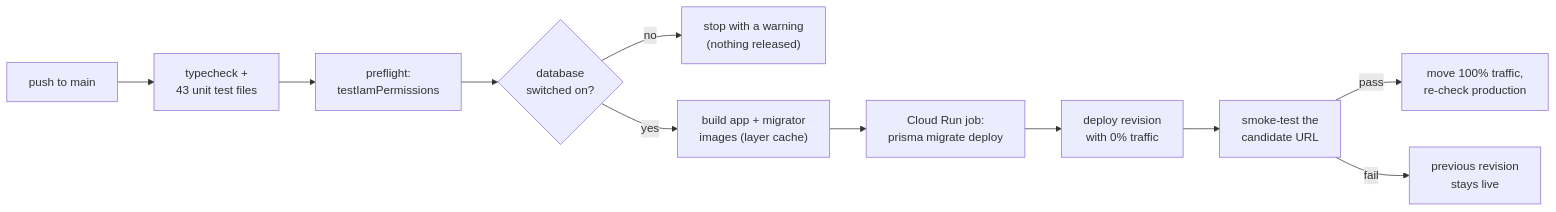
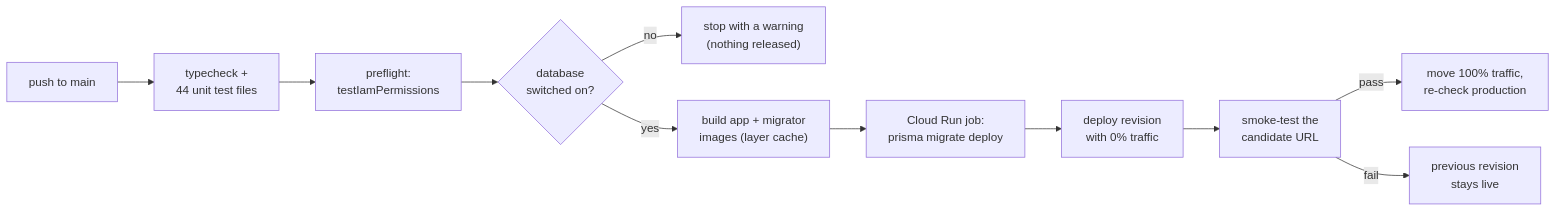
One commit to baldan555/gatherinsight-platform changed the second of 2 diagrams in README.md. Above: the diagram before and after it, drawn with Mermaid. The commit also changed 1 other file, not shown here.

Commit message:
App pipeline: 44 unit test files (questionnaire readiness)

````diff
--- a/README.md
+++ b/README.md
@@ -64,13 +64,13 @@
 ```mermaid
 flowchart LR
-  push["push to main"] --> verify["typecheck +<br/>43 unit test files"]
+  push["push to main"] --> verify["typecheck +<br/>44 unit test files"]
   verify --> pre["preflight:<br/>testIamPermissions"]
   pre --> db{"database<br/>switched on?"}
   db -->|no| skip["stop with a warning<br/>(nothing released)"]
   db -->|yes| build["build app + migrator<br/>images (layer cache)"]
   build --> mig["Cloud Run job:<br/>prisma migrate deploy"]
   mig --> cand["deploy revision<br/>with 0% traffic"]
   cand --> smoke["smoke-test the<br/>candidate URL"]
   smoke -->|pass| promote["move 100% traffic,<br/>re-check production"]
   smoke -->|fail| keep["previous revision<br/>stays live"]
 ```
````
